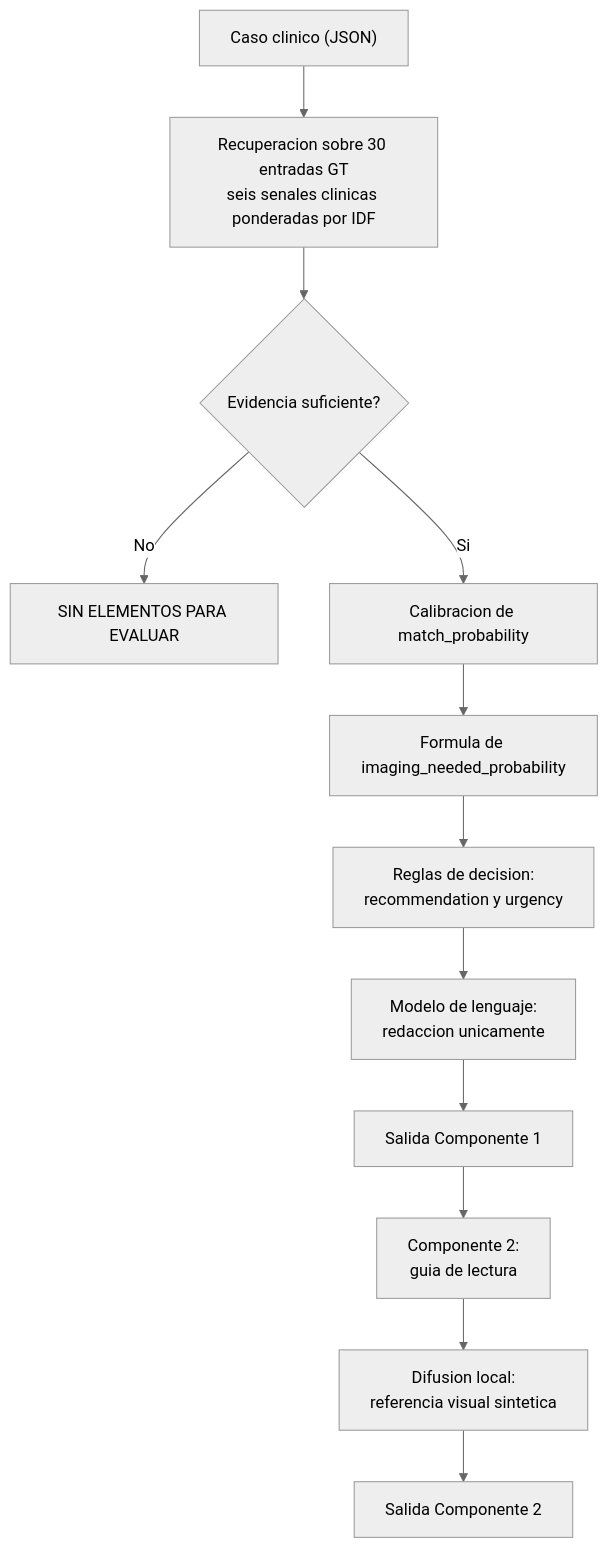
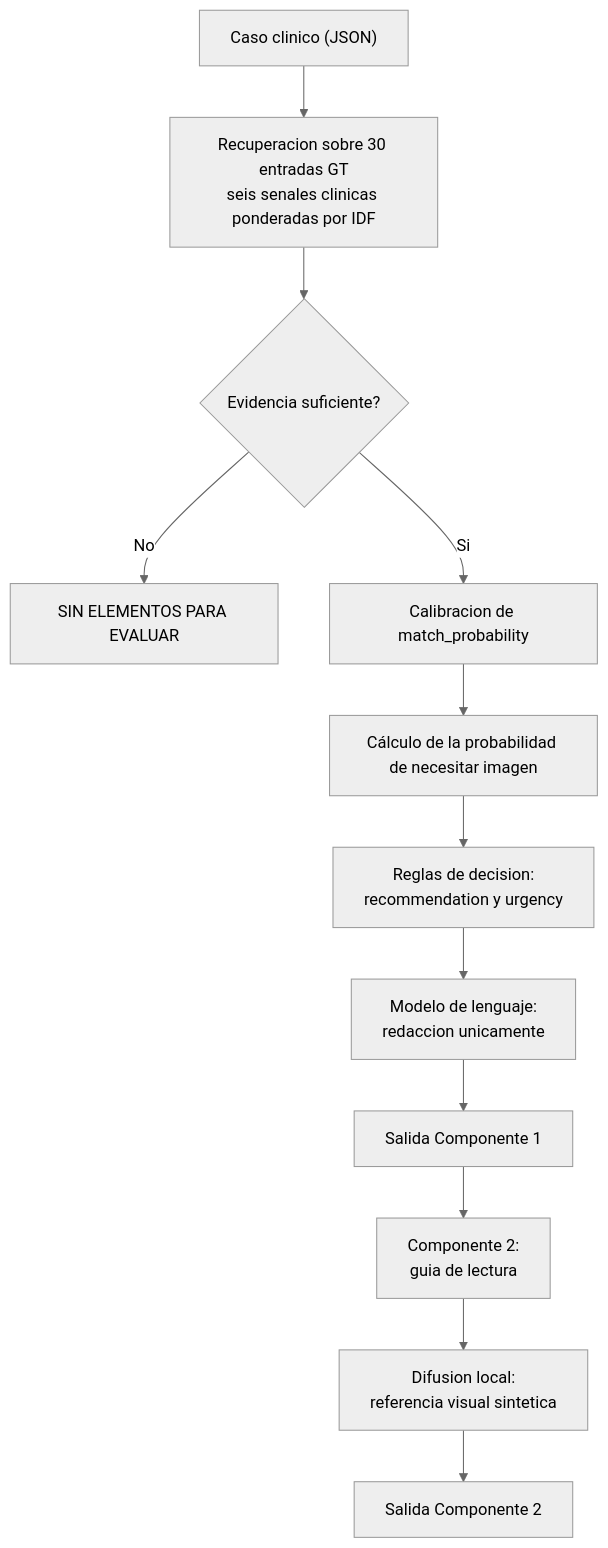
One commit to QuintoAnaya/IA-Generativa changed the diagram in oncobridge-ai/README.md. Above: the diagram before and after it, drawn with Mermaid (neutral theme).

````diff
--- a/oncobridge-ai/README.md
+++ b/oncobridge-ai/README.md
@@ -41,14 +41,14 @@
 ```mermaid
 flowchart TD
     A["Caso clinico (JSON)"] --> B["Recuperacion sobre 30 entradas GT<br/>seis senales clinicas ponderadas por IDF"]
     B --> C{"Evidencia suficiente?"}
     C -- No --> D["SIN ELEMENTOS PARA EVALUAR"]
     C -- Si --> E["Calibracion de match_probability"]
-    E --> F["Formula de imaging_needed_probability"]
+    E --> F["Cálculo de la probabilidad de necesitar imagen"]
     F --> G["Reglas de decision:<br/>recommendation y urgency"]
     G --> H["Modelo de lenguaje:<br/>redaccion unicamente"]
     H --> I["Salida Componente 1"]
     I --> J["Componente 2:<br/>guia de lectura"]
     J --> K["Difusion local:<br/>referencia visual sintetica"]
     K --> L["Salida Componente 2"]
 ```
````
